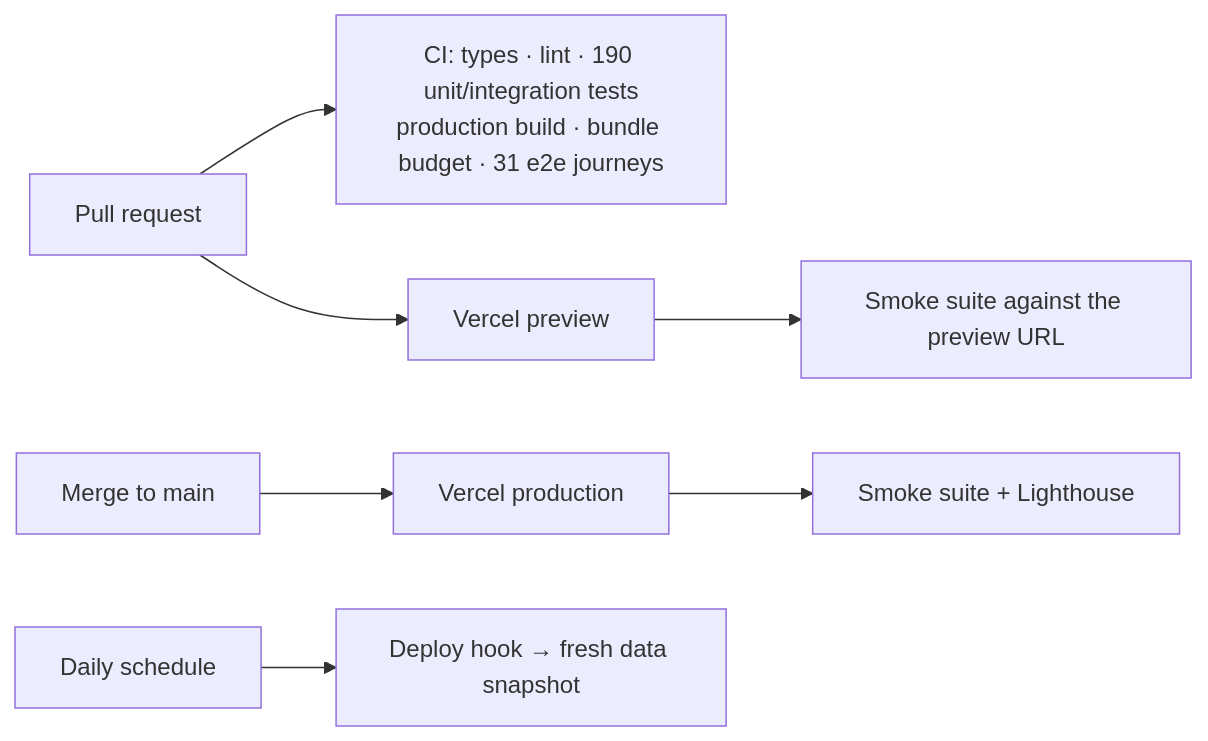
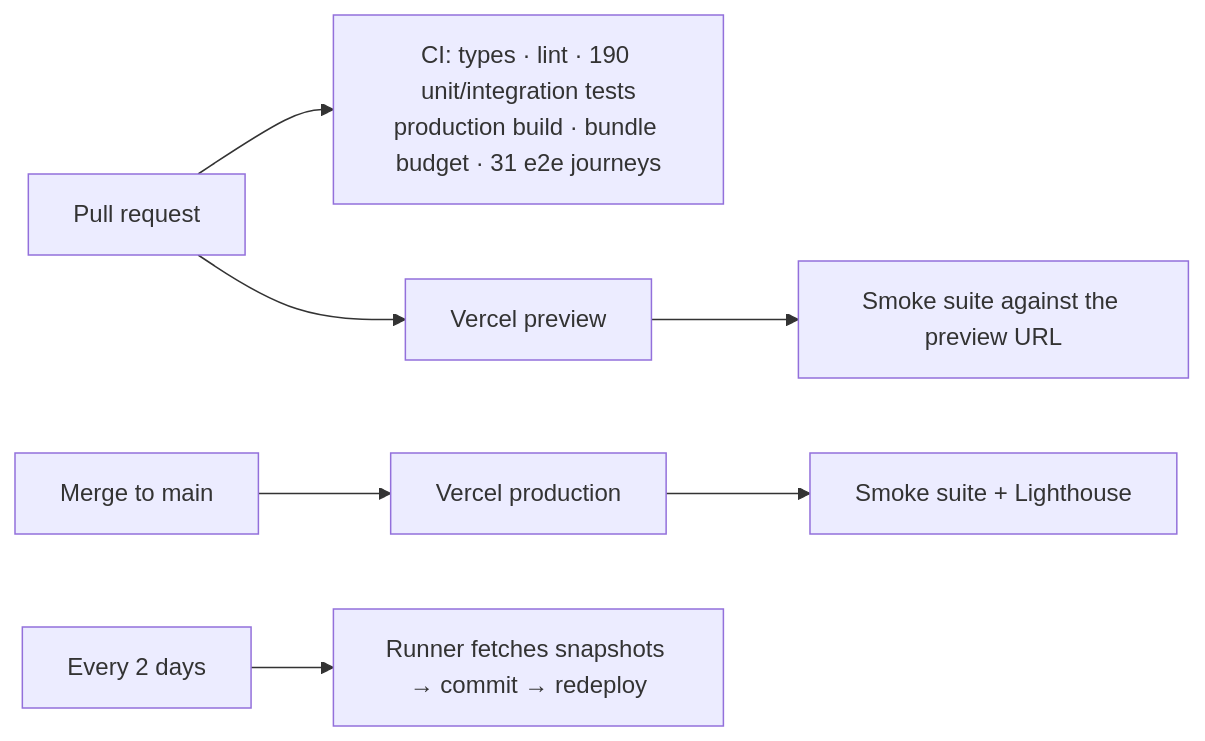
Before and after one commit to Devligan/orbital-insight: the second of 2 diagrams in README.md, drawn with Mermaid. The commit also changed other lines of this file and 9 other files, not shown here.

````diff
--- a/README.md
+++ b/README.md
@@ -86,7 +90,7 @@
 ```mermaid
 flowchart LR
   PR["Pull request"] --> CI["CI: types · lint · 190 unit/integration tests<br/>production build · bundle budget · 31 e2e journeys"]
   PR --> PREV["Vercel preview"] --> SMOKE["Smoke suite against the preview URL"]
   MAIN["Merge to main"] --> PROD["Vercel production"] --> CHECKS["Smoke suite + Lighthouse"]
-  CRON["Daily schedule"] --> HOOK["Deploy hook → fresh data snapshot"]
+  CRON["Every 2 days"] --> DATA["Runner fetches snapshots → commit → redeploy"]
 ```
````
